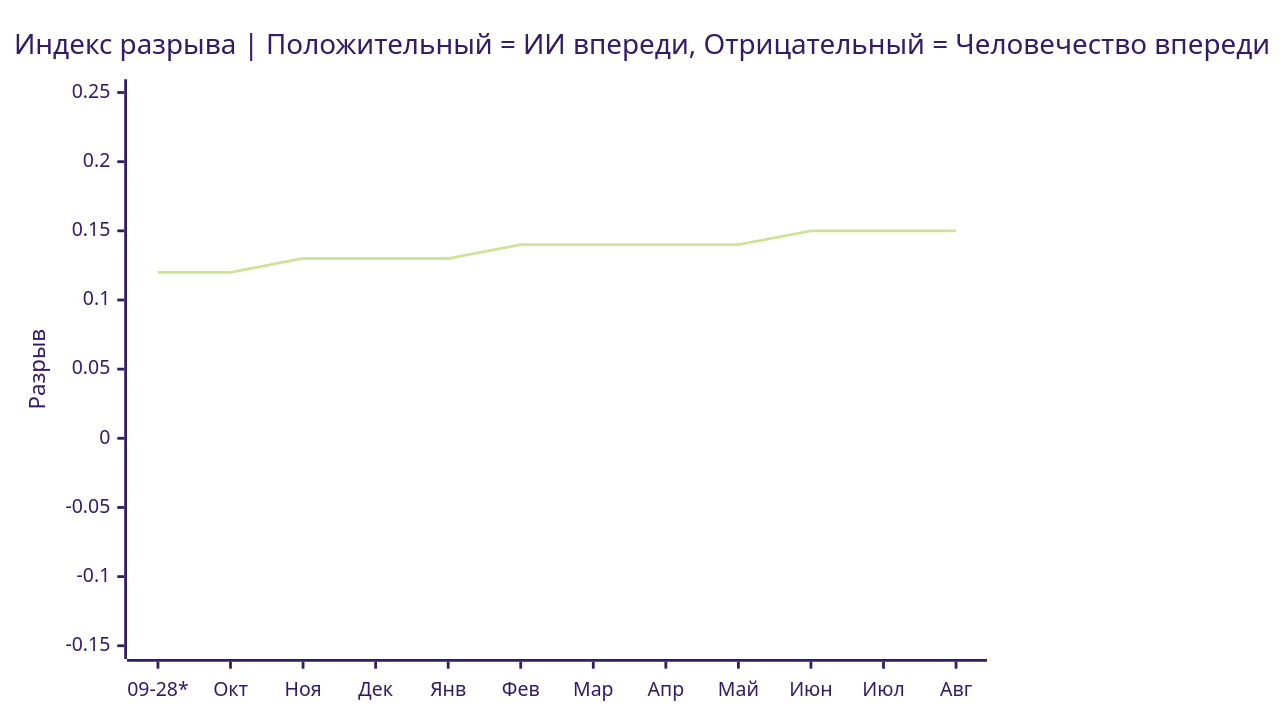
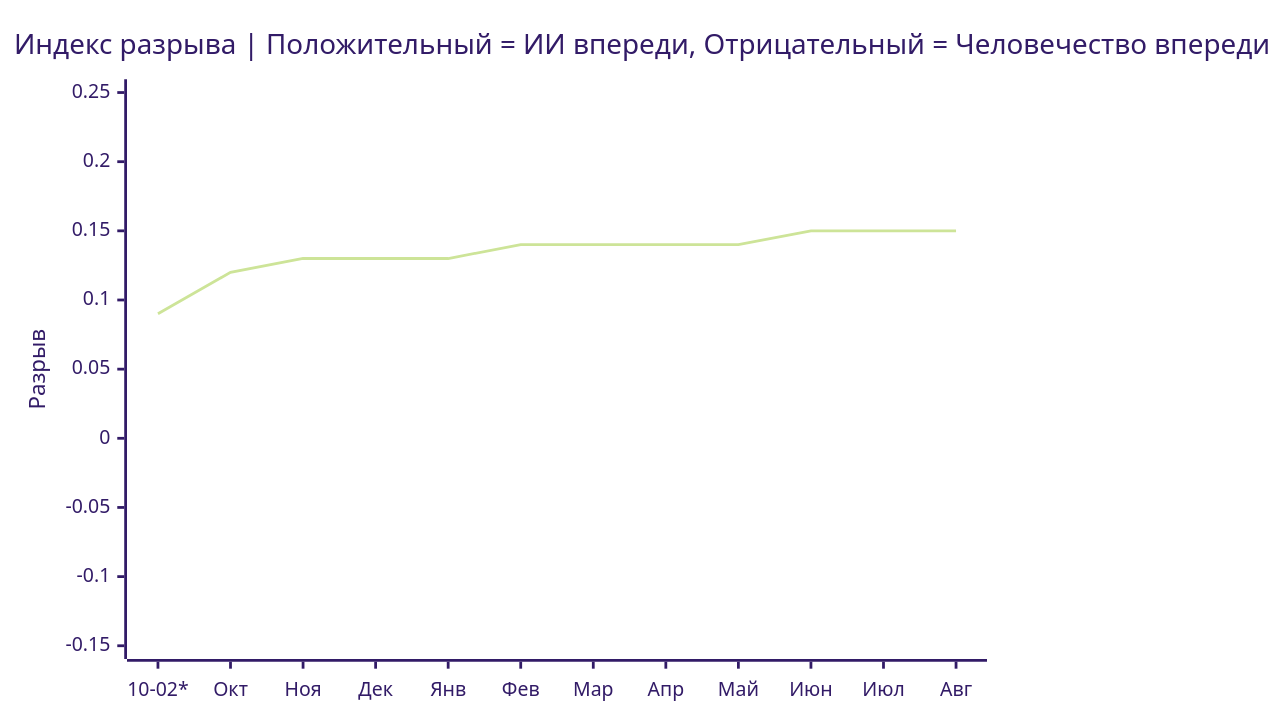
Before and after one commit to VQQLK/Human-AI-Monitor: the second of 2 diagrams in README.ru.md, drawn with Mermaid (forest theme). The commit also changed other lines of this file and 4 other files, not shown here.

````diff
--- a/README.ru.md
+++ b/README.ru.md
@@ -43,7 +43,7 @@
 ```mermaid
 xychart-beta
     title "Индекс разрыва | Положительный = ИИ впереди, Отрицательный = Человечество впереди"
-    x-axis ["09-28*", "Окт", "Ноя", "Дек", "Янв", "Фев", "Мар", "Апр", "Май", "Июн", "Июл", "Авг"]
+    x-axis ["10-02*", "Окт", "Ноя", "Дек", "Янв", "Фев", "Мар", "Апр", "Май", "Июн", "Июл", "Авг"]
     y-axis "Разрыв" -0.15 --> 0.25
-    line [0.12, 0.12, 0.13, 0.13, 0.13, 0.14, 0.14, 0.14, 0.14, 0.15, 0.15, 0.15]
+    line [0.09, 0.12, 0.13, 0.13, 0.13, 0.14, 0.14, 0.14, 0.14, 0.15, 0.15, 0.15]
 ```
````
